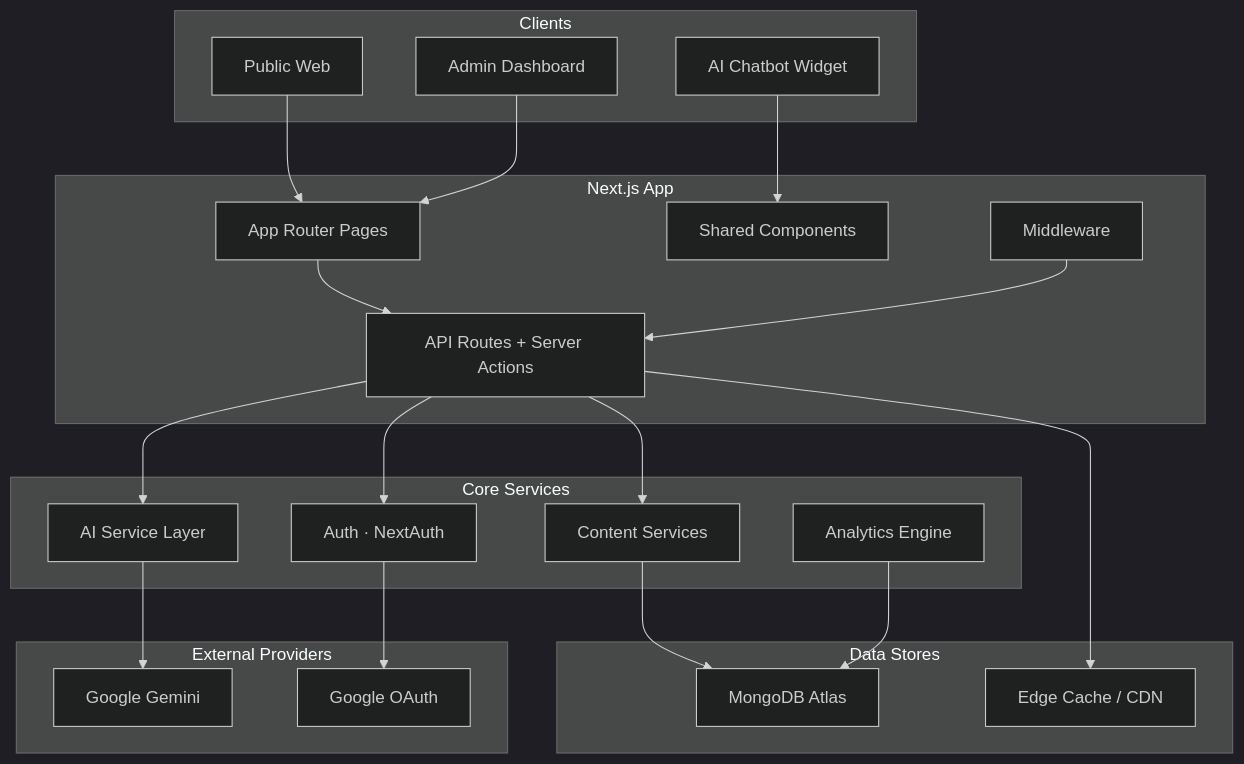
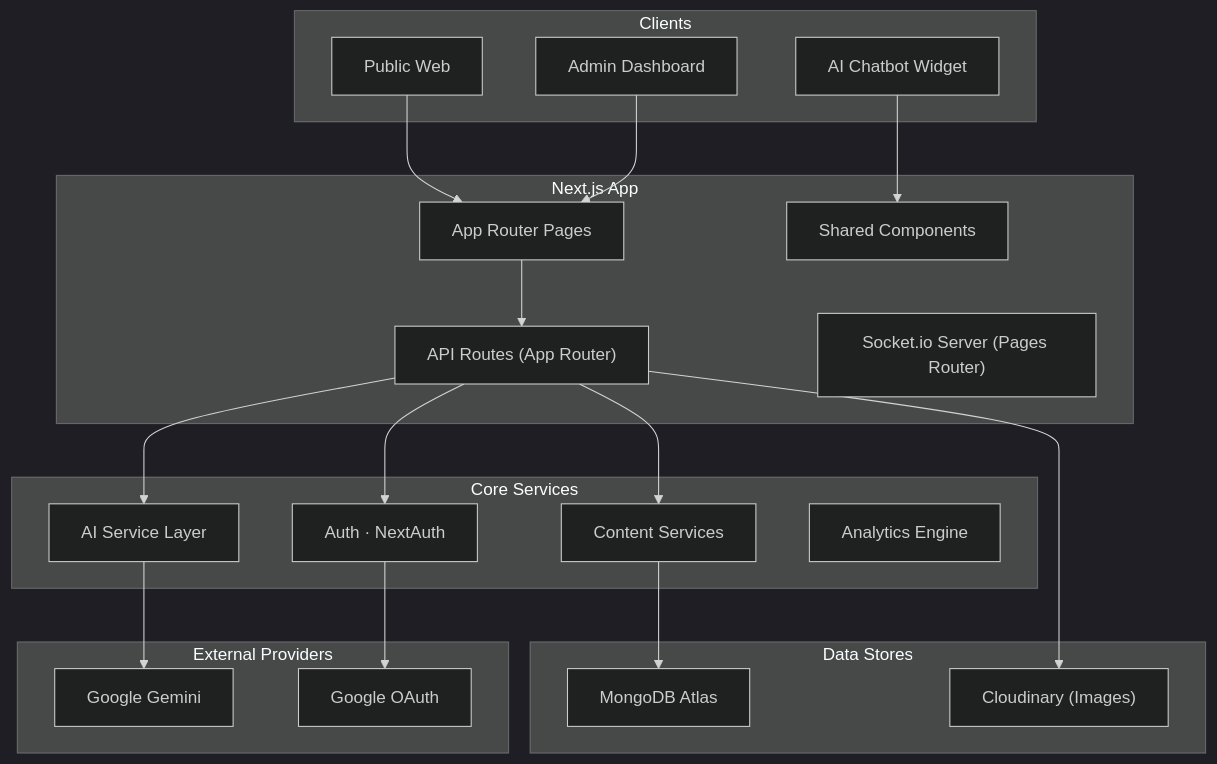
Before and after one commit to ashwanik0777/blog: the diagram in README.md, drawn with Mermaid (dark theme). The commit also changed other lines of this file, not shown here.

````diff
--- a/README.md
+++ b/README.md
@@ -63,42 +64,40 @@
 ```mermaid
 graph TB
     subgraph Clients
         A["Public Web"]
         B["Admin Dashboard"]
         C["AI Chatbot Widget"]
     end
 
     subgraph "Next.js App"
         D["App Router Pages"]
         E["Shared Components"]
-        F["API Routes + Server Actions"]
-        G["Middleware"]
+        F["API Routes (App Router)"]
+        G["Socket.io Server (Pages Router)"]
     end
 
     subgraph "Core Services"
         H["Auth · NextAuth"]
         I["Content Services"]
         J["AI Service Layer"]
         K["Analytics Engine"]
     end
 
     subgraph "Data Stores"
         L["MongoDB Atlas"]
-        M["Edge Cache / CDN"]
+        M["Cloudinary (Images)"]
     end
 
     subgraph "External Providers"
         N["Google Gemini"]
         O["Google OAuth"]
     end
 
     A --> D
     B --> D
     C --> E
     D --> F --> I --> L
     F --> H --> O
     F --> J --> N
-    G --> F
-    K --> L
     F --> M
 ```
````
